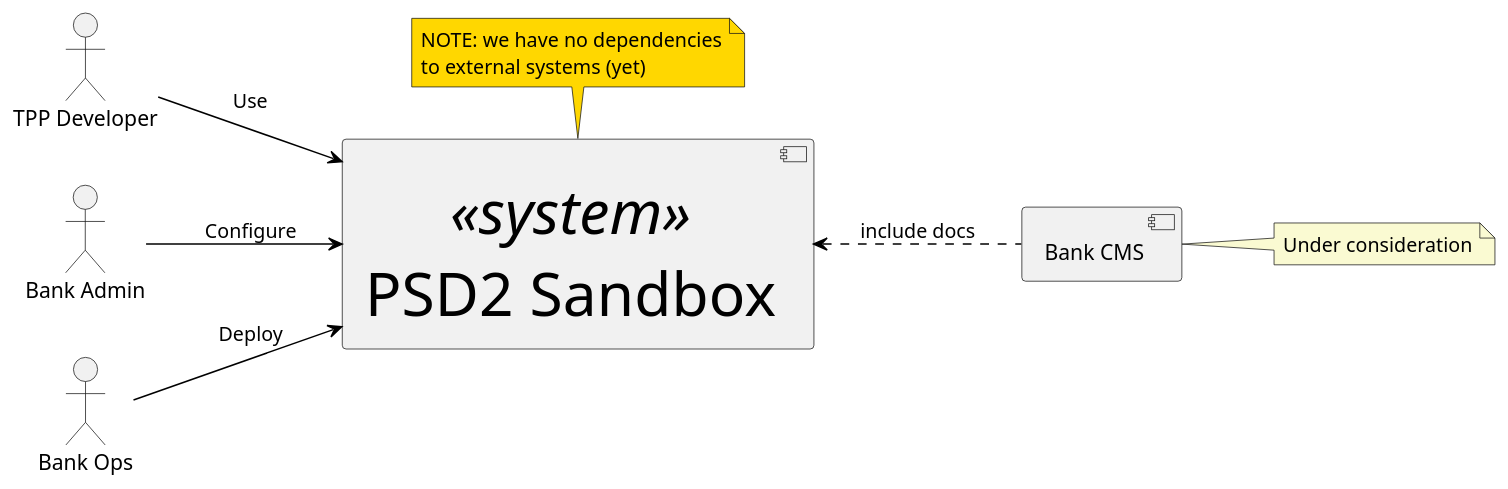
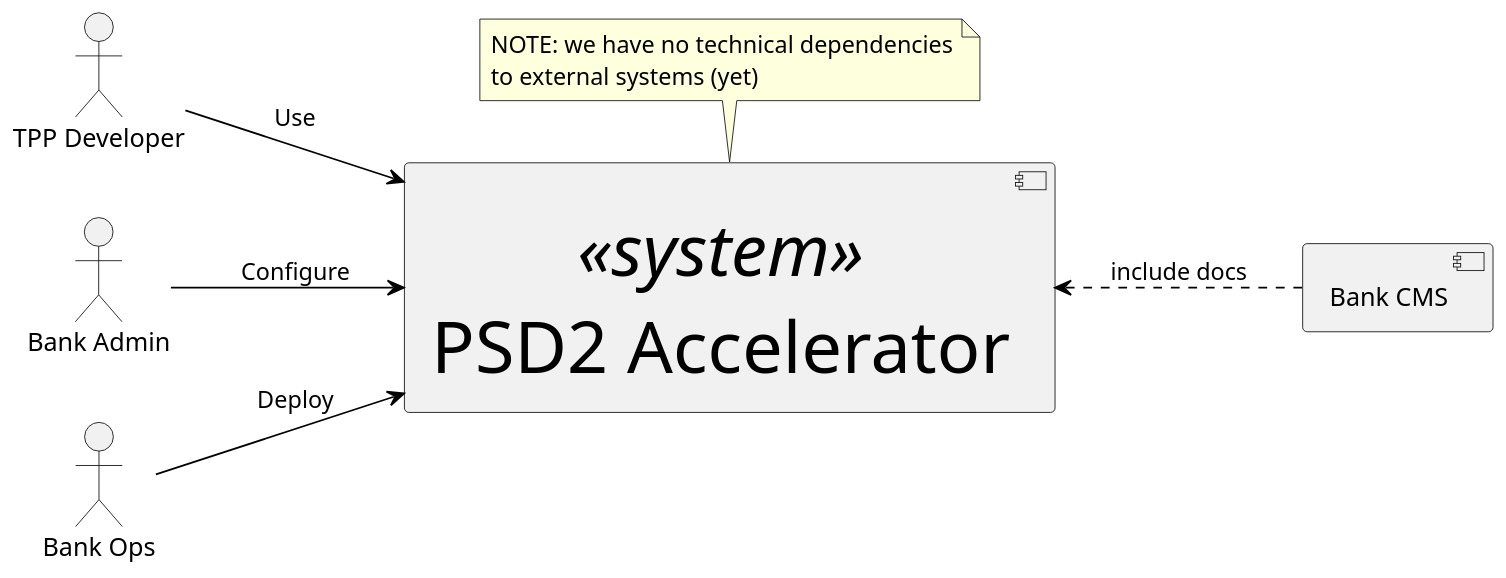
The diagram in arc42/diagrams/context.puml (adorsys/psd2-accelerator), drawn with PlantUML before and after one commit. The commit also changed 46 other files, not shown here.

First line of the commit message:
Rebrand PSD2 Sandbox -> PSD2 Accelerator

```diff
--- a/arc42/diagrams/context.puml
+++ b/arc42/diagrams/context.puml
@@ -1,34 +1,30 @@
 @startuml context
 
 left to right direction
 skinparam shadowing false
 scale 1200 width
 
 actor "TPP Developer" as tppd
 actor "Bank Admin" as ba
 actor "Bank Ops" as bo
 
 skinparam arrowColor black
 skinparam borderColor grey
 skinparam Component {
   fontSize<<system>> 40
 }
 
-[PSD2 Sandbox] as sandbox <<system>>
+[PSD2 Accelerator] as acc <<system>>
 [Bank CMS] as cms
 
-tppd --> sandbox : Use
-ba --> sandbox : Configure
-bo --> sandbox : Deploy
-sandbox <.. cms : include docs
+tppd --> acc : Use
+ba --> acc : Configure
+bo --> acc : Deploy
+acc <.. cms : include docs
 
-note right of cms #lightgoldenrodyellow
-  Under consideration
-end note
-
-note top of sandbox #gold
-  NOTE: we have no dependencies
+note top of acc
+  NOTE: we have no technical dependencies
   to external systems (yet)
 end note
 
 @enduml
```
